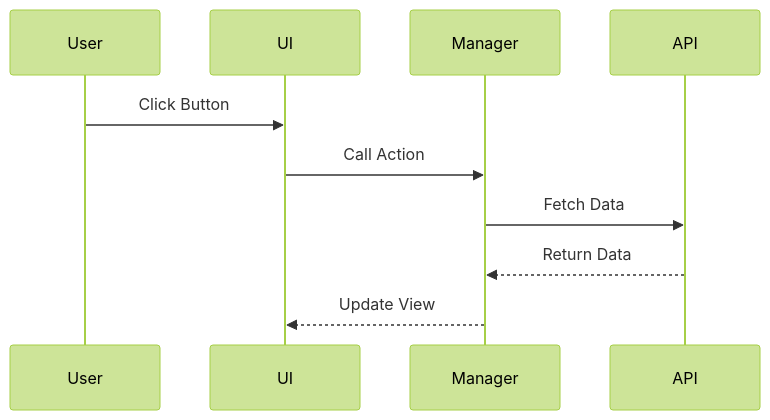
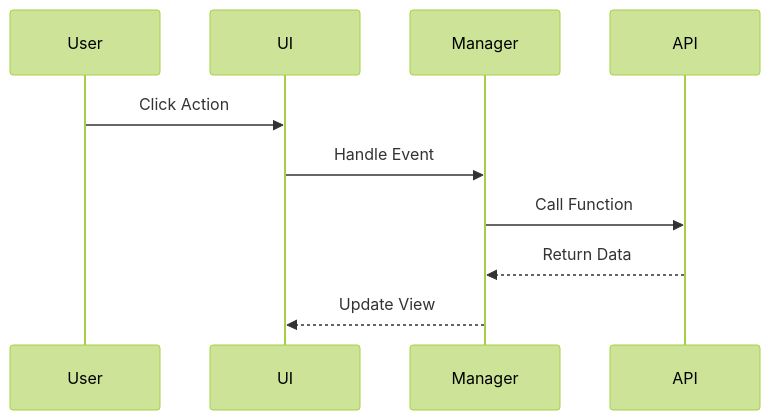
Before and after one commit to Tai-ch0802/arc-like-chrome-extension: the second of 2 diagrams in .agent/skills/sdd/references/design.md, drawn with Mermaid (forest theme). The commit also changed other lines of this file and 5 other files, not shown here.

````diff
--- a/.agent/skills/sdd/references/design.md
+++ b/.agent/skills/sdd/references/design.md
@@ -42,8 +47,8 @@
 ```mermaid
 sequenceDiagram
-    User->>UI: Click Button
-    UI->>Manager: Call Action
-    Manager->>API: Fetch Data
+    User->>UI: Click Action
+    UI->>Manager: Handle Event
+    Manager->>API: Call Function
     API-->>Manager: Return Data
     Manager-->>UI: Update View
 ```
````
